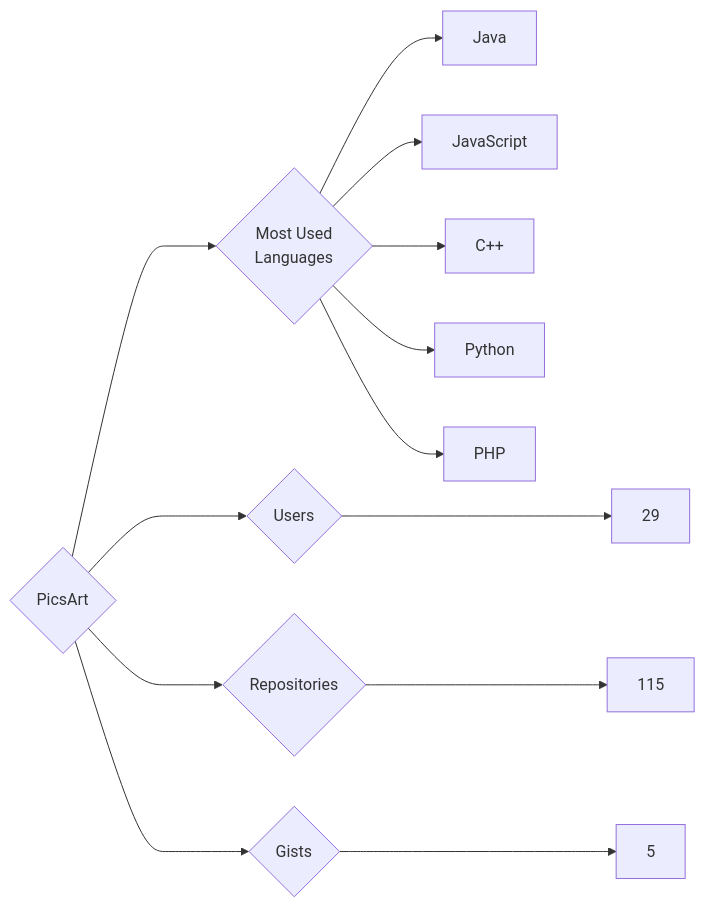
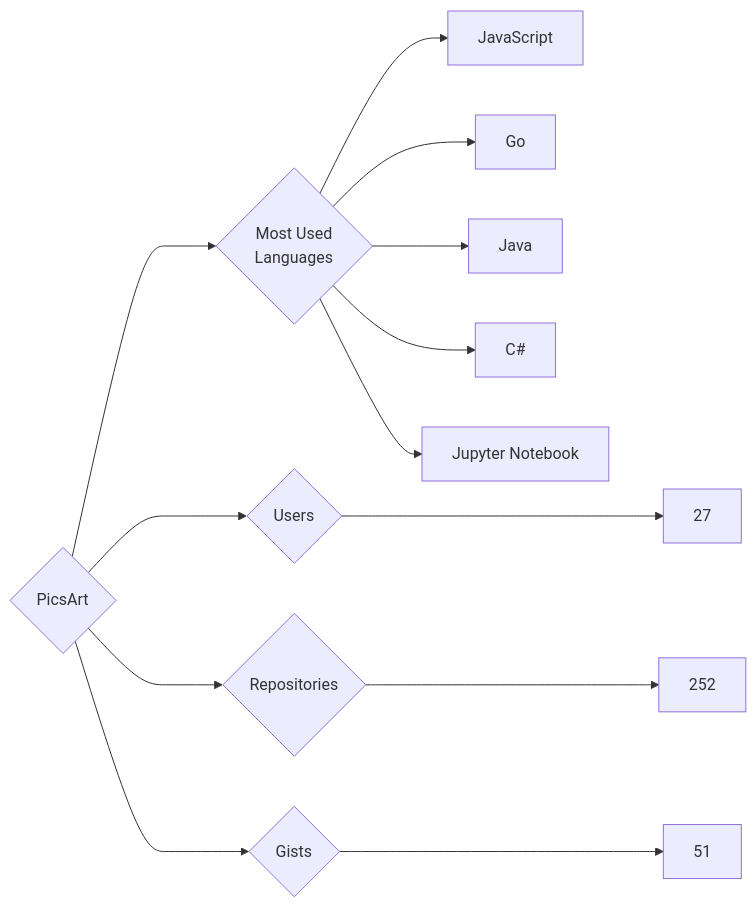
Before and after one commit to trickest/insiders: the diagram in targets/PicsArt/README.md, drawn with Mermaid. The commit also changed 806 other files, not shown here.

````diff
--- a/targets/PicsArt/README.md
+++ b/targets/PicsArt/README.md
@@ -3,13 +3,13 @@
 ```mermaid
 graph LR
 COMPANY_NAME{PicsArt}
-COMPANY_NAME ---> U{Users} ---> UN[29]
-COMPANY_NAME ---> R{Repositories} ---> RN[115]
-COMPANY_NAME ---> G{Gists} ---> GN[5]
+COMPANY_NAME ---> U{Users} ---> UN[27]
+COMPANY_NAME ---> R{Repositories} ---> RN[252]
+COMPANY_NAME ---> G{Gists} ---> GN[51]
 COMPANY_NAME ---> ML{Most Used<br>Languages}
+ML --> JavaScript[JavaScript]
+ML --> Go[Go]
 ML --> Java[Java]
-ML --> JavaScript[JavaScript]
-ML --> C++[C++]
-ML --> Python[Python]
-ML --> PHP[PHP]
+ML --> C#[C#]
+ML --> Jupyter_Notebook[Jupyter Notebook]
 ```
````
